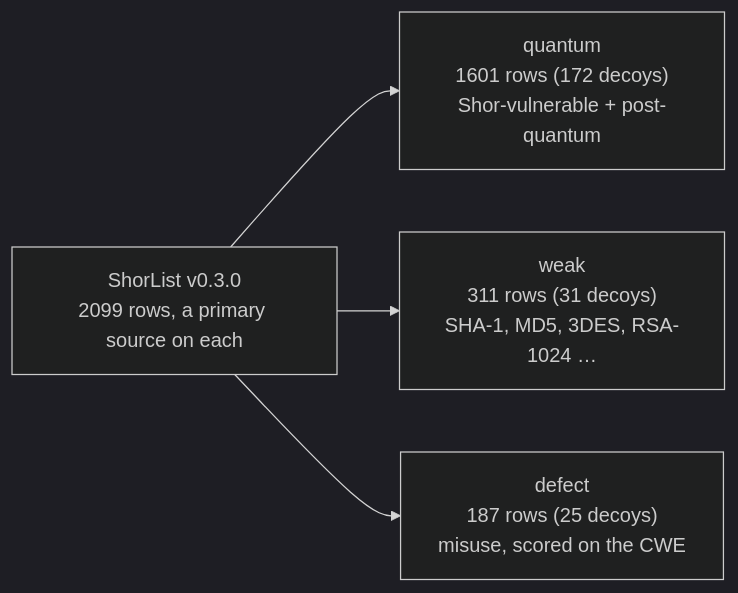
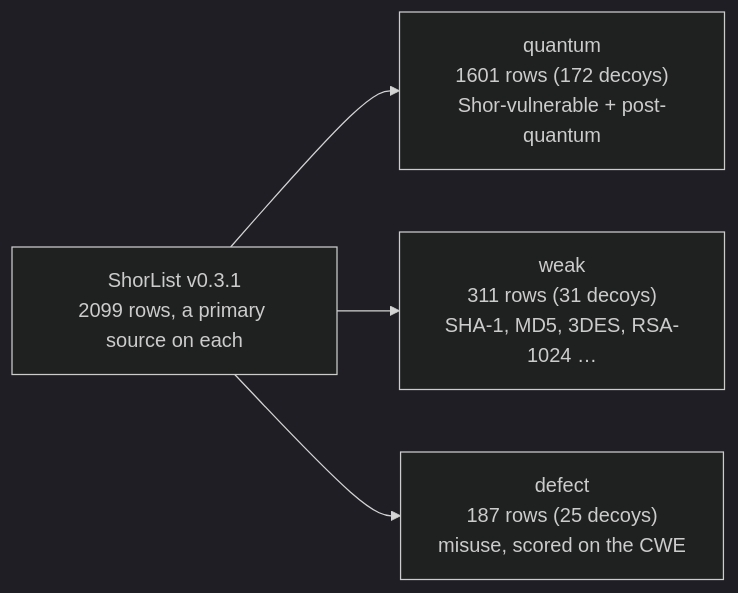
Before and after one commit to shorlist/shorlist: the diagram in README.md, drawn with Mermaid (dark theme). The commit also changed other lines of this file and 8 other files, not shown here.

First line of the commit message:
ShorList 0.3.1: qci-pqc 2.3.4.5 measured; README on axes, strict parent_only, hybrids

````diff
--- a/README.md
+++ b/README.md
@@ -30,6 +30,6 @@
 ```mermaid
 flowchart LR
-    C["ShorList v0.3.0<br/>2099 rows, a primary source on each"] --> Q["quantum<br/>1601 rows (172 decoys)<br/>Shor-vulnerable + post-quantum"]
+    C["ShorList v0.3.1<br/>2099 rows, a primary source on each"] --> Q["quantum<br/>1601 rows (172 decoys)<br/>Shor-vulnerable + post-quantum"]
     C --> W["weak<br/>311 rows (31 decoys)<br/>SHA-1, MD5, 3DES, RSA-1024 …"]
     C --> D["defect<br/>187 rows (25 decoys)<br/>misuse, scored on the CWE"]
 ```
````
